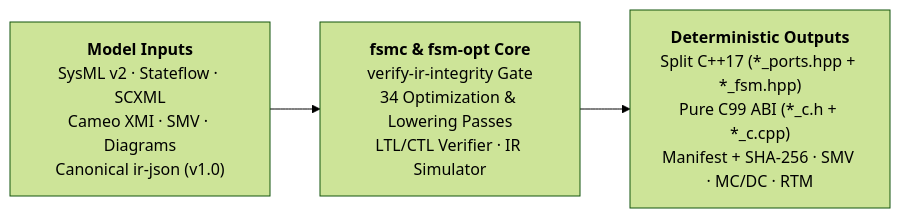
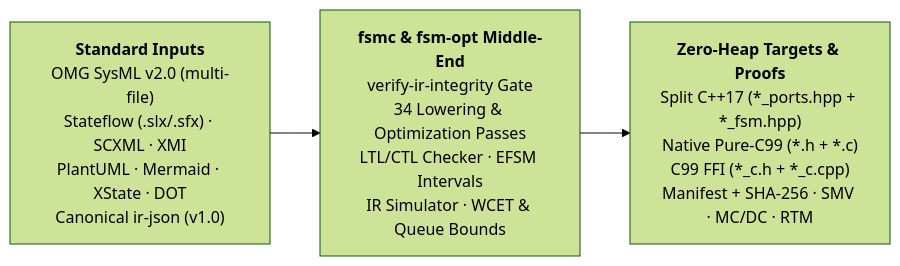
One commit to simoneCavalleri/fsmc changed the diagram in README.md. Above: the diagram before and after it, drawn with Mermaid (forest theme). The commit also changed other lines of this file and 19 other files, not shown here.

````diff
--- a/README.md
+++ b/README.md
@@ -34,8 +36,8 @@
 ```mermaid
 flowchart LR
-    In["<b>Model Inputs</b><br/>SysML v2 · Stateflow · SCXML<br/>Cameo XMI · SMV · Diagrams<br/>Canonical ir-json (v1.0)"]
-    Core["<b>fsmc &amp; fsm-opt Core</b><br/>verify-ir-integrity Gate<br/>34 Optimization &amp; Lowering Passes<br/>LTL/CTL Verifier · IR Simulator"]
-    Out["<b>Deterministic Outputs</b><br/>Split C++17 (*_ports.hpp + *_fsm.hpp)<br/>Pure C99 ABI (*_c.h + *_c.cpp)<br/>Manifest + SHA-256 · SMV · MC/DC · RTM"]
+    In["<b>Standard Inputs</b><br/>OMG SysML v2.0 (multi-file)<br/>Stateflow (.slx/.sfx) · SCXML · XMI<br/>PlantUML · Mermaid · XState · DOT<br/>Canonical ir-json (v1.0)"]
+    Core["<b>fsmc &amp; fsm-opt Middle-End</b><br/>verify-ir-integrity Gate<br/>34 Lowering &amp; Optimization Passes<br/>LTL/CTL Checker · EFSM Intervals<br/>IR Simulator · WCET &amp; Queue Bounds"]
+    Out["<b>Zero-Heap Targets &amp; Proofs</b><br/>Split C++17 (*_ports.hpp + *_fsm.hpp)<br/>Native Pure-C99 (*.h + *.c)<br/>C99 FFI (*_c.h + *_c.cpp)<br/>Manifest + SHA-256 · SMV · MC/DC · RTM"]
 
     In --> Core --> Out
 ```
````
